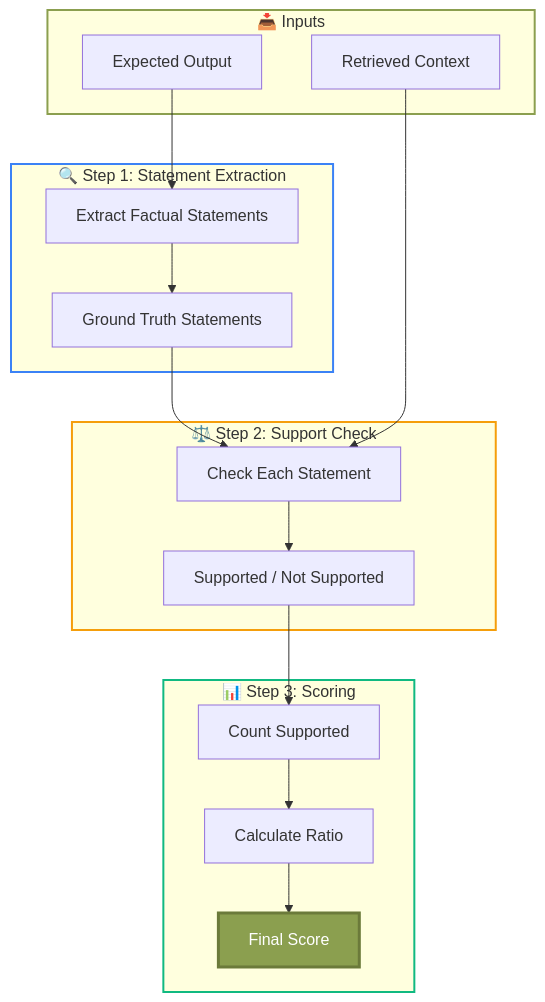
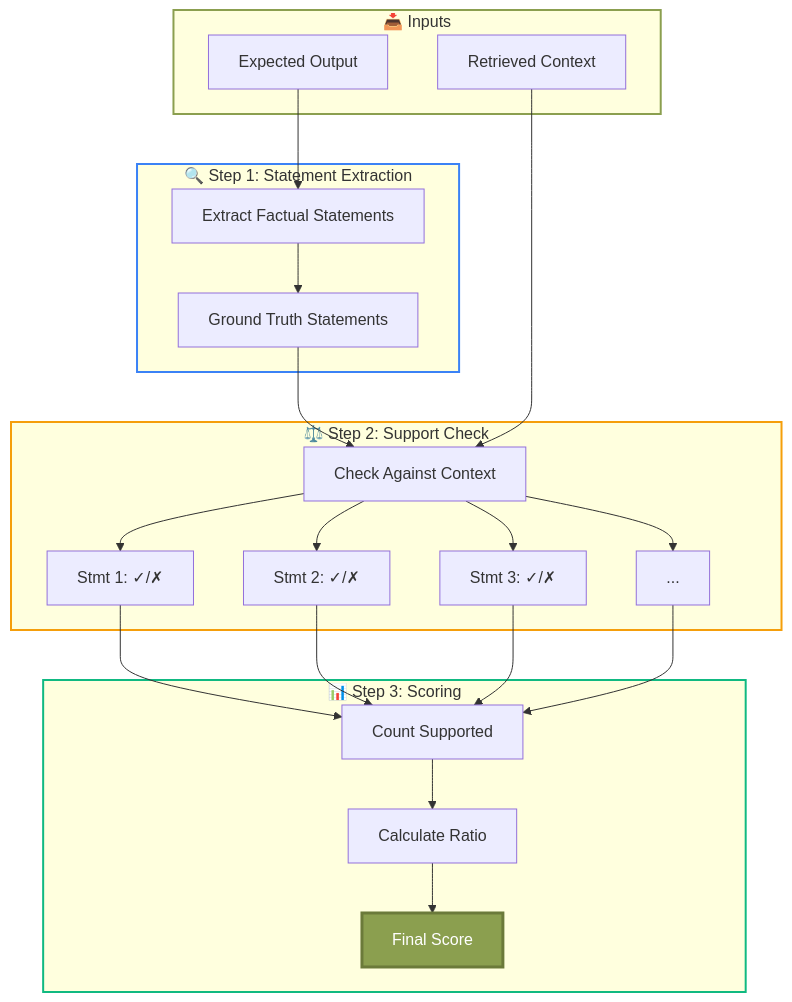
Before and after one commit to ax-foundry/axion: the diagram in docs/metric-registry/composite/contextual_recall.md, drawn with Mermaid. The commit also changed 21 other files, not shown here.

````diff
--- a/docs/metric-registry/composite/contextual_recall.md
+++ b/docs/metric-registry/composite/contextual_recall.md
@@ -92,38 +92,41 @@
     ```mermaid
     flowchart TD
         subgraph INPUT["📥 Inputs"]
             A[Expected Output]
             B[Retrieved Context]
         end
 
         subgraph EXTRACT["🔍 Step 1: Statement Extraction"]
             C[Extract Factual Statements]
             D["Ground Truth Statements"]
         end
 
         subgraph CHECK["⚖️ Step 2: Support Check"]
-            E[Check Each Statement]
-            F["Supported / Not Supported"]
+            E[Check Against Context]
+            F1["Stmt 1: ✓/✗"]
+            F2["Stmt 2: ✓/✗"]
+            F3["Stmt 3: ✓/✗"]
+            FN["..."]
         end
 
         subgraph SCORE["📊 Step 3: Scoring"]
             G["Count Supported"]
             H["Calculate Ratio"]
             I["Final Score"]
         end
 
         A --> C
         C --> D
         D --> E
         B --> E
-        E --> F
-        F --> G
+        E --> F1 & F2 & F3 & FN
+        F1 & F2 & F3 & FN --> G
         G --> H
         H --> I
 
         style INPUT stroke:#8B9F4F,stroke-width:2px
         style EXTRACT stroke:#3b82f6,stroke-width:2px
         style CHECK stroke:#f59e0b,stroke-width:2px
         style SCORE stroke:#10b981,stroke-width:2px
         style I fill:#8B9F4F,stroke:#6B7A3A,stroke-width:3px,color:#fff
     ```
````
